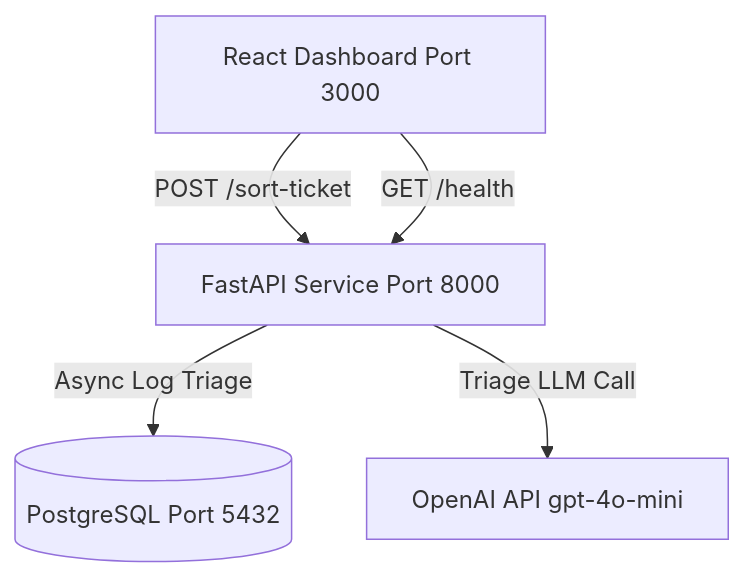
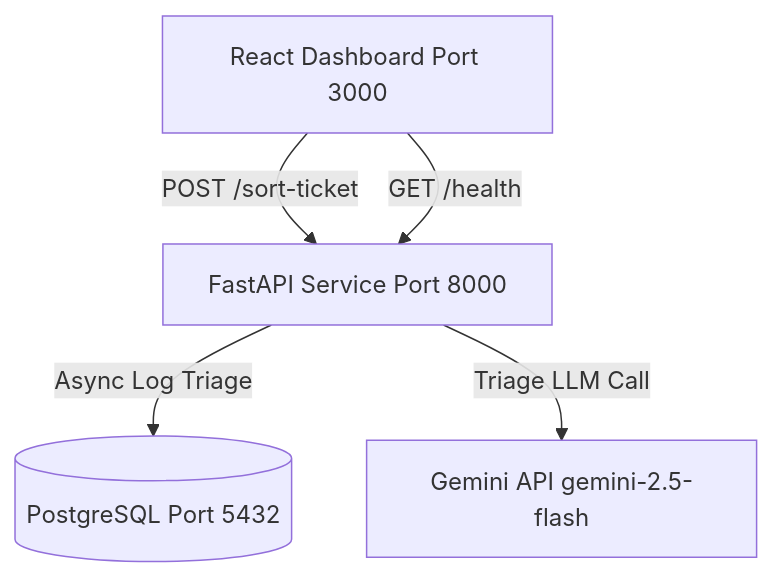
The diagram in README.md (borno18/SCSEF_Mock), drawn with Mermaid before and after one commit. The commit also changed other lines of this file and 5 other files, not shown here.

Commit message:
feat: migrate classification model from OpenAI to Gemini API

````diff
--- a/README.md
+++ b/README.md
@@ -11,7 +11,7 @@
 ```mermaid
 graph TD
     Client[React Dashboard Port 3000] -->|POST /sort-ticket| API[FastAPI Service Port 8000]
     Client -->|GET /health| API
     API -->|Async Log Triage| DB[(PostgreSQL Port 5432)]
-    API -->|Triage LLM Call| OpenAI[OpenAI API gpt-4o-mini]
+    API -->|Triage LLM Call| Gemini[Gemini API gemini-2.5-flash]
 ```
````
